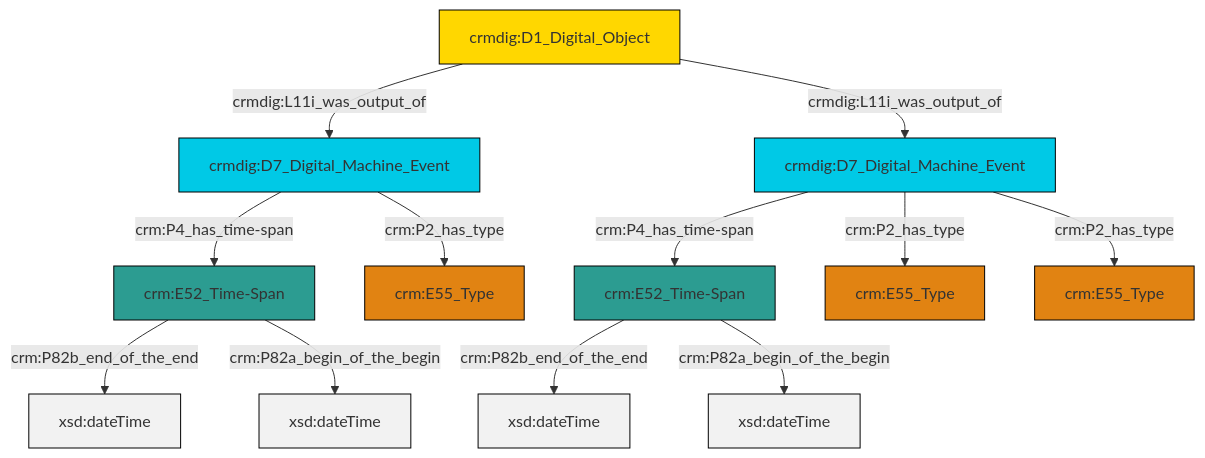
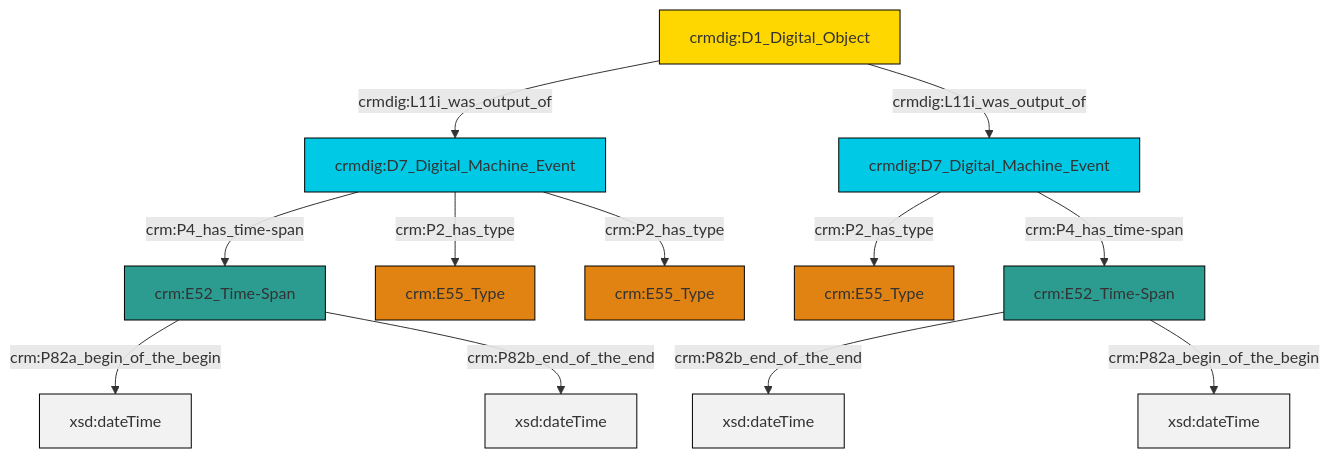
One commit to swiss-art-research-net/docs.swissartresearch changed the diagram in et/doCSV/ttl/mmd/do_existence.ttl.mmd. Above: the diagram before and after it, drawn with Mermaid. The commit also changed 172 other files, not shown here.

```diff
--- a/et/doCSV/ttl/mmd/do_existence.ttl.mmd
+++ b/et/doCSV/ttl/mmd/do_existence.ttl.mmd
@@ -1,26 +1,26 @@
 graph TD
 classDef Literal fill:#f2f2f2,stroke:#000000;
 classDef CRM_Entity fill:#FFFFFF,stroke:#000000;
 classDef Temporal_Entity fill:#00C9E6, stroke:#000000;
 classDef Type fill:#E18312, stroke:#000000;
 classDef Time-Span fill:#2C9C91, stroke:#000000;
 classDef Appellation fill:#FFEB7F, stroke:#000000;
 classDef Place fill:#008836, stroke:#000000;
 classDef Persistent_Item fill:#B266B2, stroke:#000000;
 classDef Conceptual_Object fill:#FFD700, stroke:#000000;
 classDef Physical_Thing fill:#D2B48C, stroke:#000000;
 classDef Actor fill:#f58aad, stroke:#000000;
 classDef PC_Classes fill:#4ce600, stroke:#000000;
 classDef Multi fill:#cccccc,stroke:#000000;
 
-2["crmdig:D1_Digital_Object"]:::Conceptual_Object -->|crmdig:L11i_was_output_of| 3["crmdig:D7_Digital_Machine_Event"]:::Temporal_Entity
-4["crmdig:D7_Digital_Machine_Event"]:::Temporal_Entity -->|crm:P4_has_time-span| 5["crm:E52_Time-Span"]:::Time-Span
-2["crmdig:D1_Digital_Object"]:::Conceptual_Object -->|crmdig:L11i_was_output_of| 4["crmdig:D7_Digital_Machine_Event"]:::Temporal_Entity
-13["crm:E52_Time-Span"]:::Time-Span -->|crm:P82b_end_of_the_end| 14[xsd:dateTime]:::Literal
-4["crmdig:D7_Digital_Machine_Event"]:::Temporal_Entity -->|crm:P2_has_type| 0["crm:E55_Type"]:::Type
-3["crmdig:D7_Digital_Machine_Event"]:::Temporal_Entity -->|crm:P4_has_time-span| 13["crm:E52_Time-Span"]:::Time-Span
-3["crmdig:D7_Digital_Machine_Event"]:::Temporal_Entity -->|crm:P2_has_type| 8["crm:E55_Type"]:::Type
-4["crmdig:D7_Digital_Machine_Event"]:::Temporal_Entity -->|crm:P2_has_type| 10["crm:E55_Type"]:::Type
-5["crm:E52_Time-Span"]:::Time-Span -->|crm:P82b_end_of_the_end| 16[xsd:dateTime]:::Literal
-5["crm:E52_Time-Span"]:::Time-Span -->|crm:P82a_begin_of_the_begin| 19[xsd:dateTime]:::Literal
-13["crm:E52_Time-Span"]:::Time-Span -->|crm:P82a_begin_of_the_begin| 22[xsd:dateTime]:::Literal
+0["crmdig:D7_Digital_Machine_Event"]:::Temporal_Entity -->|crm:P2_has_type| 4["crm:E55_Type"]:::Type
+8["crm:E52_Time-Span"]:::Time-Span -->|crm:P82b_end_of_the_end| 10[xsd:dateTime]:::Literal
+8["crm:E52_Time-Span"]:::Time-Span -->|crm:P82a_begin_of_the_begin| 13[xsd:dateTime]:::Literal
+14["crmdig:D1_Digital_Object"]:::Conceptual_Object -->|crmdig:L11i_was_output_of| 2["crmdig:D7_Digital_Machine_Event"]:::Temporal_Entity
+14["crmdig:D1_Digital_Object"]:::Conceptual_Object -->|crmdig:L11i_was_output_of| 0["crmdig:D7_Digital_Machine_Event"]:::Temporal_Entity
+15["crm:E52_Time-Span"]:::Time-Span -->|crm:P82a_begin_of_the_begin| 18[xsd:dateTime]:::Literal
+2["crmdig:D7_Digital_Machine_Event"]:::Temporal_Entity -->|crm:P4_has_time-span| 15["crm:E52_Time-Span"]:::Time-Span
+15["crm:E52_Time-Span"]:::Time-Span -->|crm:P82b_end_of_the_end| 19[xsd:dateTime]:::Literal
+0["crmdig:D7_Digital_Machine_Event"]:::Temporal_Entity -->|crm:P4_has_time-span| 8["crm:E52_Time-Span"]:::Time-Span
+2["crmdig:D7_Digital_Machine_Event"]:::Temporal_Entity -->|crm:P2_has_type| 6["crm:E55_Type"]:::Type
+2["crmdig:D7_Digital_Machine_Event"]:::Temporal_Entity -->|crm:P2_has_type| 11["crm:E55_Type"]:::Type
```
